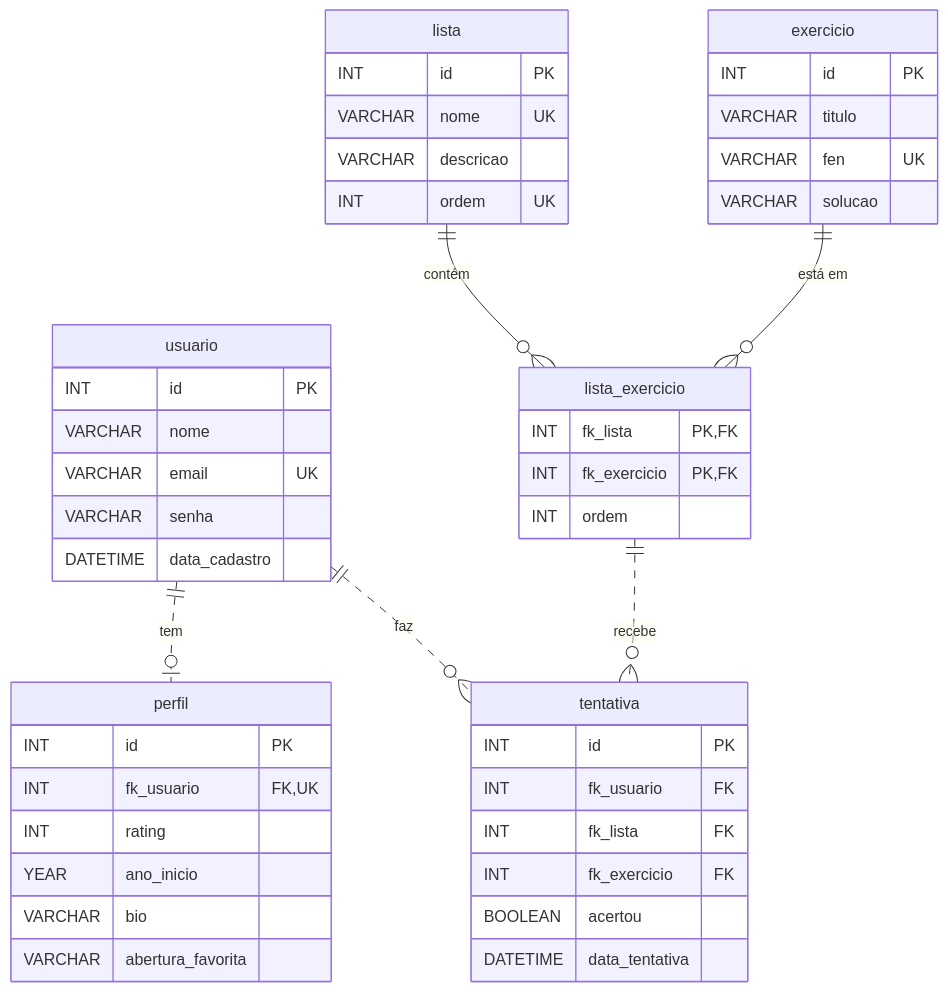
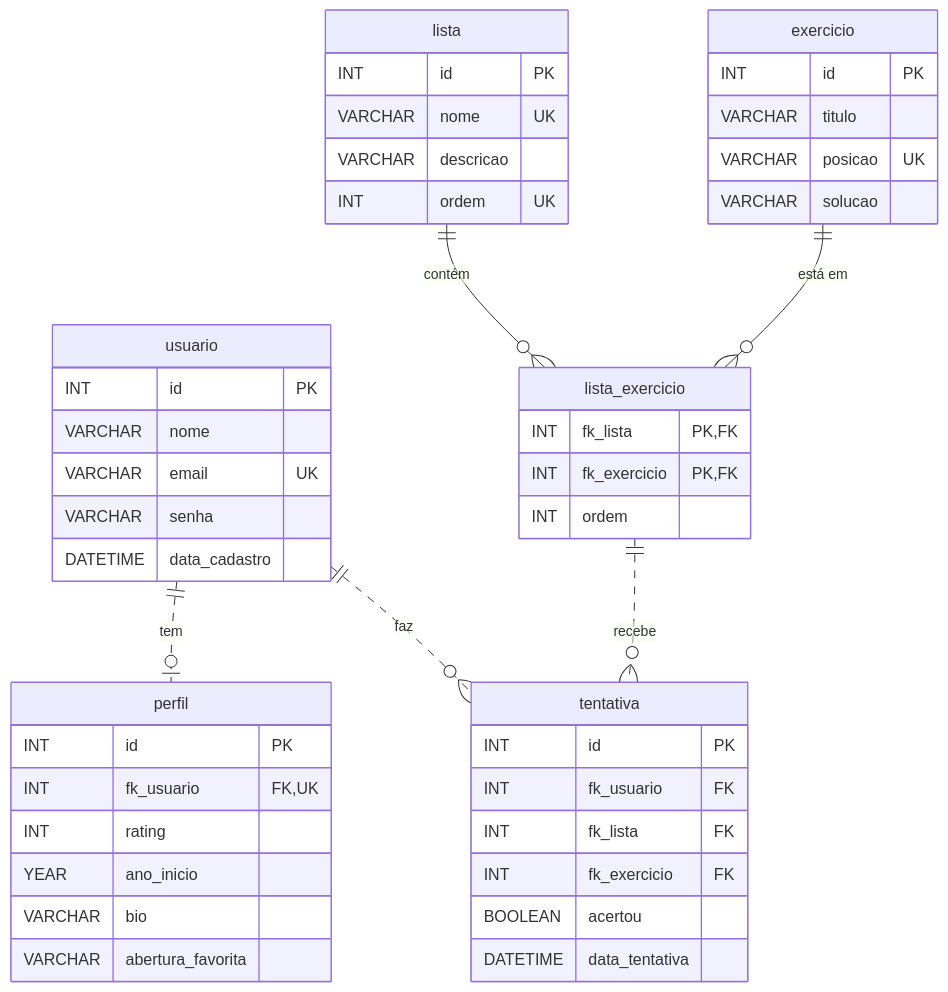
Before and after one commit to igor-fuchs01/chess-life: the diagram in .docs/03-database.md, drawn with Mermaid. The commit also changed other lines of this file and 3 other files, not shown here.

````diff
--- a/.docs/03-database.md
+++ b/.docs/03-database.md
@@ -52,49 +52,49 @@
 ```mermaid
 erDiagram
     usuario ||..o| perfil : "tem"
     lista ||--o{ lista_exercicio : "contém"
     exercicio ||--o{ lista_exercicio : "está em"
     usuario ||..o{ tentativa : "faz"
     lista_exercicio ||..o{ tentativa : "recebe"
 
     usuario {
         INT id PK
         VARCHAR nome
         VARCHAR email UK
         VARCHAR senha
         DATETIME data_cadastro
     }
     perfil {
         INT id PK
         INT fk_usuario FK, UK
         INT rating
         YEAR ano_inicio
         VARCHAR bio
         VARCHAR abertura_favorita
     }
     lista {
         INT id PK
         VARCHAR nome UK
         VARCHAR descricao
         INT ordem UK
     }
     exercicio {
         INT id PK
         VARCHAR titulo
-        VARCHAR fen UK
+        VARCHAR posicao UK
         VARCHAR solucao
     }
     lista_exercicio {
         INT fk_lista PK, FK
         INT fk_exercicio PK, FK
         INT ordem
     }
     tentativa {
         INT id PK
         INT fk_usuario FK
         INT fk_lista FK
         INT fk_exercicio FK
         BOOLEAN acertou
         DATETIME data_tentativa
     }
 ```
````
